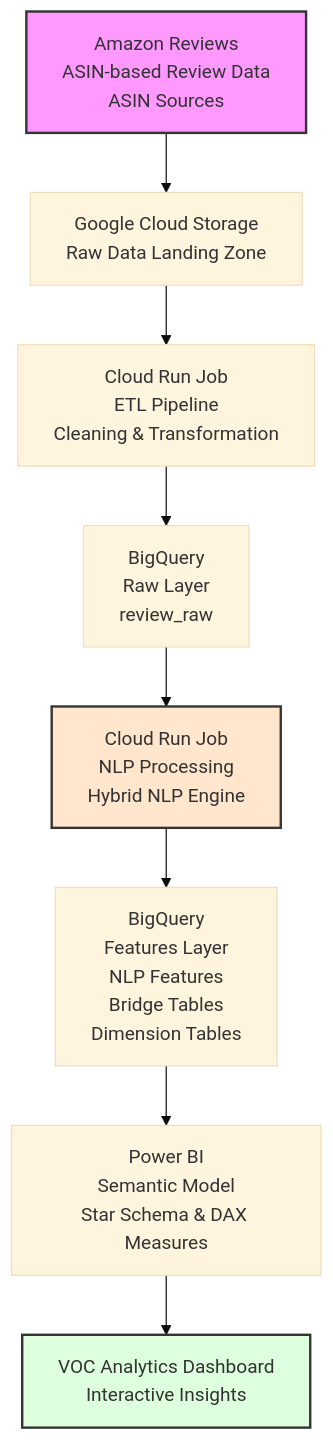
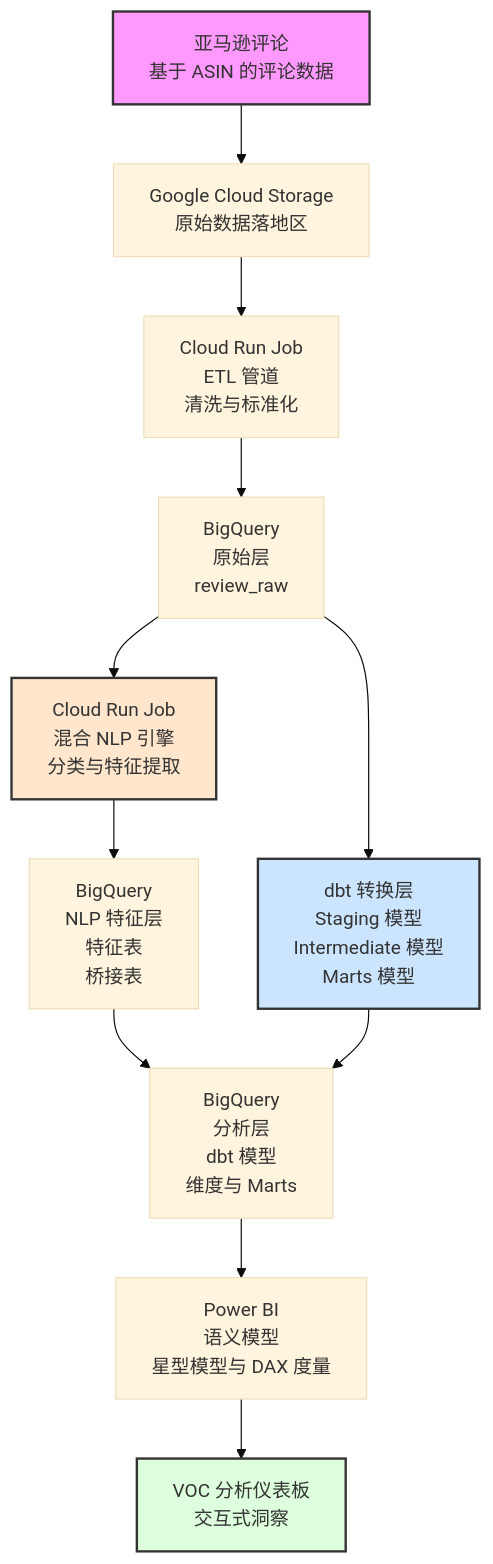
One commit to eric-data-ai/amazon-voc-pipeline changed the diagram in README.zh-CN.md. Above: the diagram before and after it, drawn with Mermaid (base theme). The commit also changed other lines of this file and 2 other files, not shown here.

````diff
--- a/README.zh-CN.md
+++ b/README.zh-CN.md
@@ -13,33 +13,45 @@
 ```mermaid
 flowchart TD
 
-A[Amazon Reviews<br/>ASIN-based Review Data<br/>ASIN Sources]
+A[亚马逊评论<br/>基于 ASIN 的评论数据]
 
-B[Google Cloud Storage<br/>Raw Data Landing Zone]
+B[Google Cloud Storage<br/>原始数据落地区]
 
-C[Cloud Run Job<br/>ETL Pipeline<br/>Cleaning & Transformation]
+C[Cloud Run Job<br/>ETL 管道<br/>清洗与标准化]
 
-D[BigQuery<br/>Raw Layer<br/>review_raw]
+D[BigQuery<br/>原始层<br/>review_raw]
 
-E[Cloud Run Job<br/>NLP Processing<br/>Hybrid NLP Engine]
+E[Cloud Run Job<br/>混合 NLP 引擎<br/>分类与特征提取]
 
-F[BigQuery<br/>Features Layer<br/>NLP Features<br/>Bridge Tables<br/>Dimension Tables]
+F[BigQuery<br/>NLP 特征层<br/>特征表<br/>桥接表]
 
-G[Power BI<br/>Semantic Model<br/>Star Schema & DAX Measures]
+G[dbt 转换层<br/>Staging 模型<br/>Intermediate 模型<br/>Marts 模型]
 
-H[VOC Analytics Dashboard<br/>Interactive Insights]
+H[BigQuery<br/>分析层<br/>dbt 模型<br/>维度与 Marts]
+
+I[Power BI<br/>语义模型<br/>星型模型与 DAX 度量]
+
+J[VOC 分析仪表板<br/>交互式洞察]
 
 
 A --> B
 B --> C
 C --> D
+
 D --> E
+D --> G
+
 E --> F
-F --> G
+
+F --> H
 G --> H
+
+H --> I
+I --> J
 
 
 style A fill:#f9f,stroke:#333,stroke-width:2px
 style E fill:#ffe6cc,stroke:#333,stroke-width:2px
-style H fill:#dfd,stroke:#333,stroke-width:2px
+style G fill:#cce5ff,stroke:#333,stroke-width:2px
+style J fill:#dfd,stroke:#333,stroke-width:2px
 ```
````
